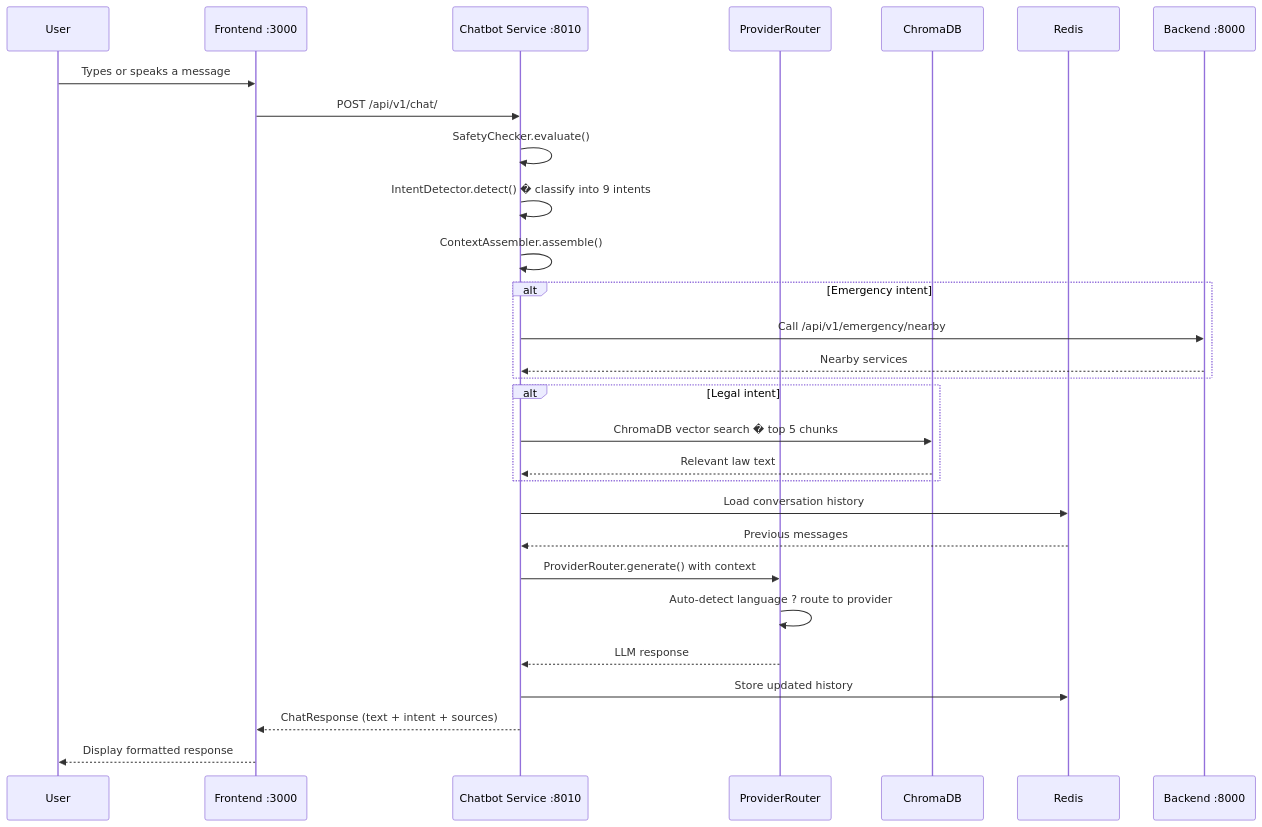
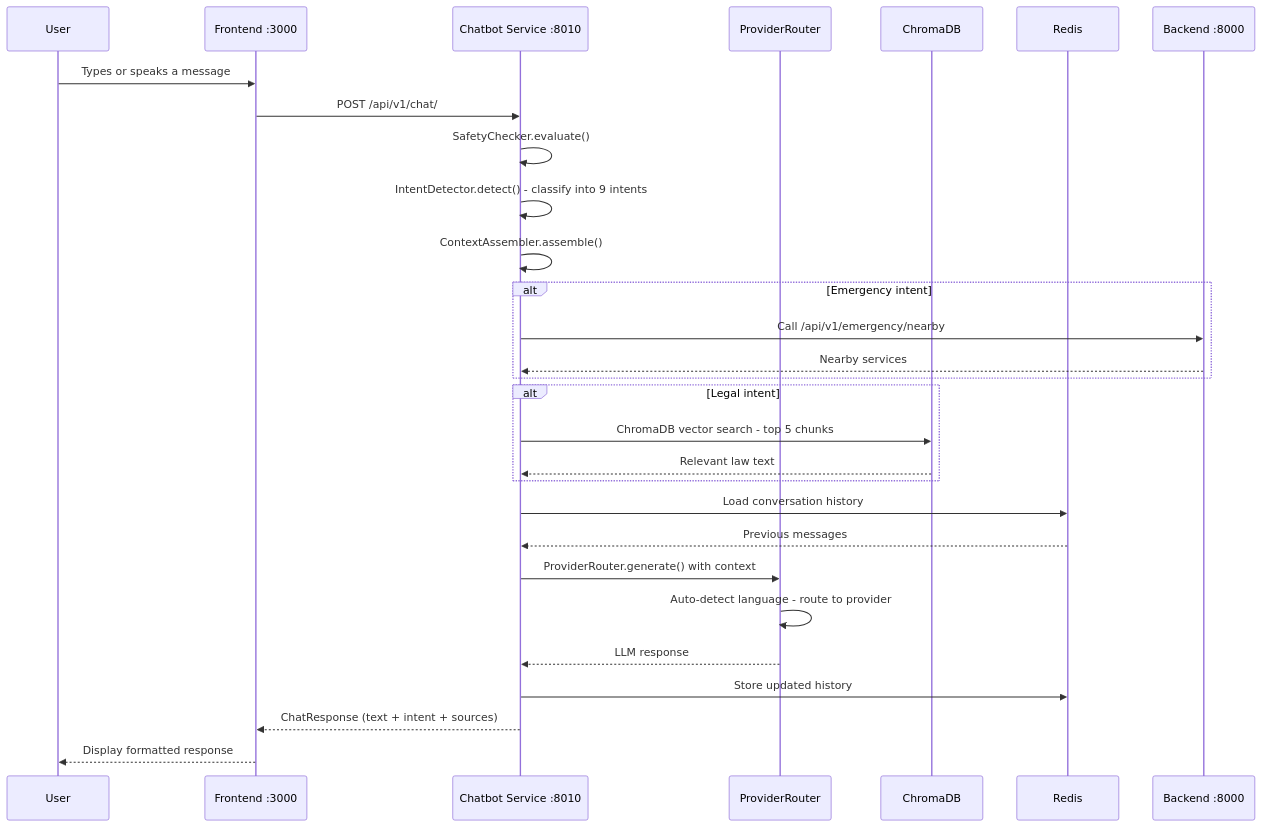
The ninth of 11 diagrams in docs/architecture/Architecture.md (SafeVixAI/SafeVixAI), drawn with Mermaid before and after one commit. The commit also changed other lines of this file and 85 other files, not shown here.

Commit message:
docs: Fix Mermaid diagrams, resolve relative link warnings, and ensure clean mkdocs build

````diff
--- a/docs/architecture/Architecture.md
+++ b/docs/architecture/Architecture.md
@@ -547,34 +590,34 @@
 ```mermaid
 sequenceDiagram
     participant U as User
     participant FE as Frontend :3000
     participant CS as Chatbot Service :8010
     participant PR as ProviderRouter
     participant C as ChromaDB
     participant R as Redis
     participant BE as Backend :8000
 
     U->>FE: Types or speaks a message
     FE->>CS: POST /api/v1/chat/
     CS->>CS: SafetyChecker.evaluate()
-    CS->>CS: IntentDetector.detect() � classify into 9 intents
+    CS->>CS: IntentDetector.detect() - classify into 9 intents
     CS->>CS: ContextAssembler.assemble()
 
     alt Emergency intent
         CS->>BE: Call /api/v1/emergency/nearby
         BE-->>CS: Nearby services
     end
     alt Legal intent
-        CS->>C: ChromaDB vector search � top 5 chunks
+        CS->>C: ChromaDB vector search - top 5 chunks
         C-->>CS: Relevant law text
     end
 
     CS->>R: Load conversation history
     R-->>CS: Previous messages
     CS->>PR: ProviderRouter.generate() with context
-    PR->>PR: Auto-detect language ? route to provider
+    PR->>PR: Auto-detect language - route to provider
     PR-->>CS: LLM response
     CS->>R: Store updated history
     CS-->>FE: ChatResponse (text + intent + sources)
     FE-->>U: Display formatted response
 ```
````
